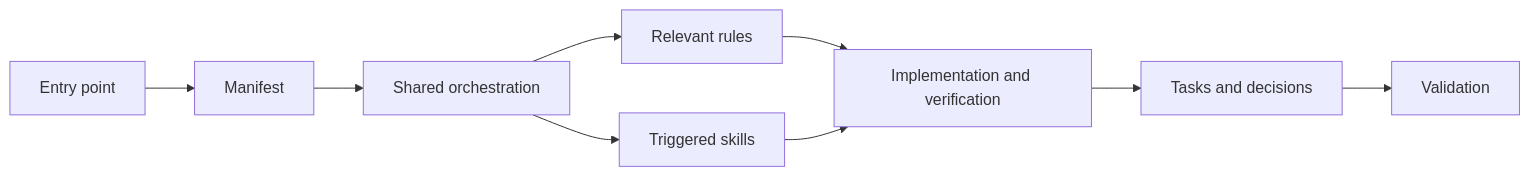
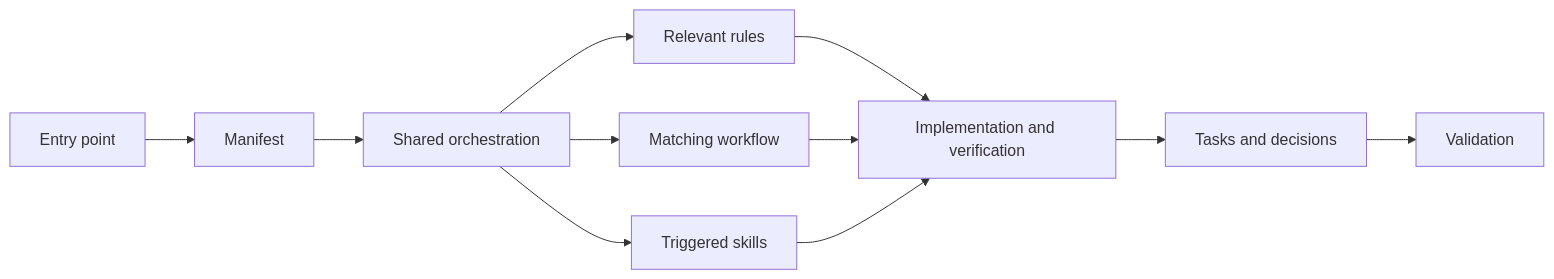
Before and after one commit to markromolecule/context-factory: the diagram in docs/ARCHITECTURE.md, drawn with Mermaid. The commit also changed other lines of this file and 29 other files, not shown here.

````diff
--- a/docs/ARCHITECTURE.md
+++ b/docs/ARCHITECTURE.md
@@ -28,11 +29,13 @@
 ```mermaid
 flowchart LR
   E["Entry point"] --> M["Manifest"]
   M --> O["Shared orchestration"]
   O --> R["Relevant rules"]
+  O --> F["Matching workflow"]
   O --> S["Triggered skills"]
   R --> W["Implementation and verification"]
+  F --> W
   S --> W
   W --> D["Tasks and decisions"]
   D --> V["Validation"]
 ```
````
